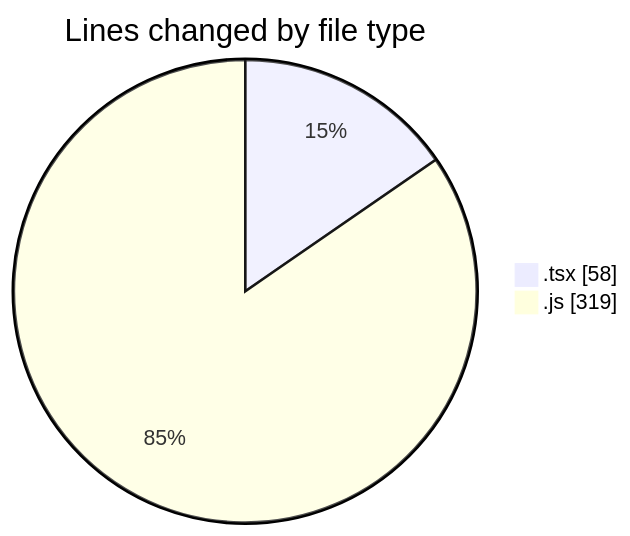
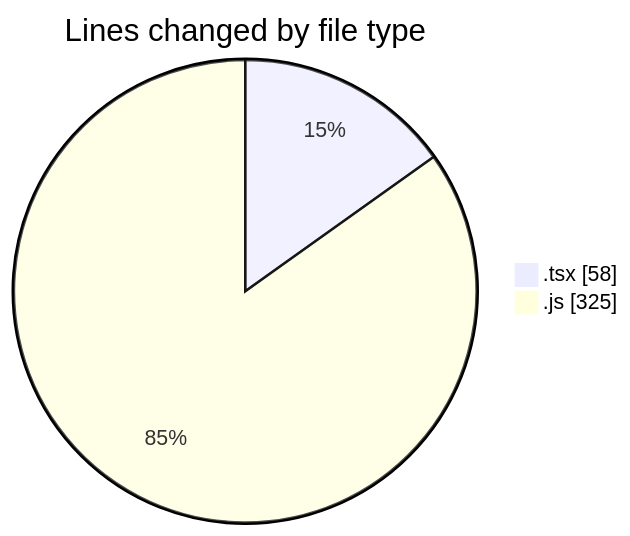
The first of 2 diagrams in 2025-03-07/cda/README.md (momahboobian/code-tracking), drawn with Mermaid before and after one commit. The commit also changed other lines of this file and 1 other file, not shown here.

````diff
--- a/2025-03-07/cda/README.md
+++ b/2025-03-07/cda/README.md
@@ -22,6 +22,6 @@
 ```mermaid
 pie showData
 title Lines changed by file type
 ".tsx" : 58
-".js" : 319
+".js" : 325
 ```
````
